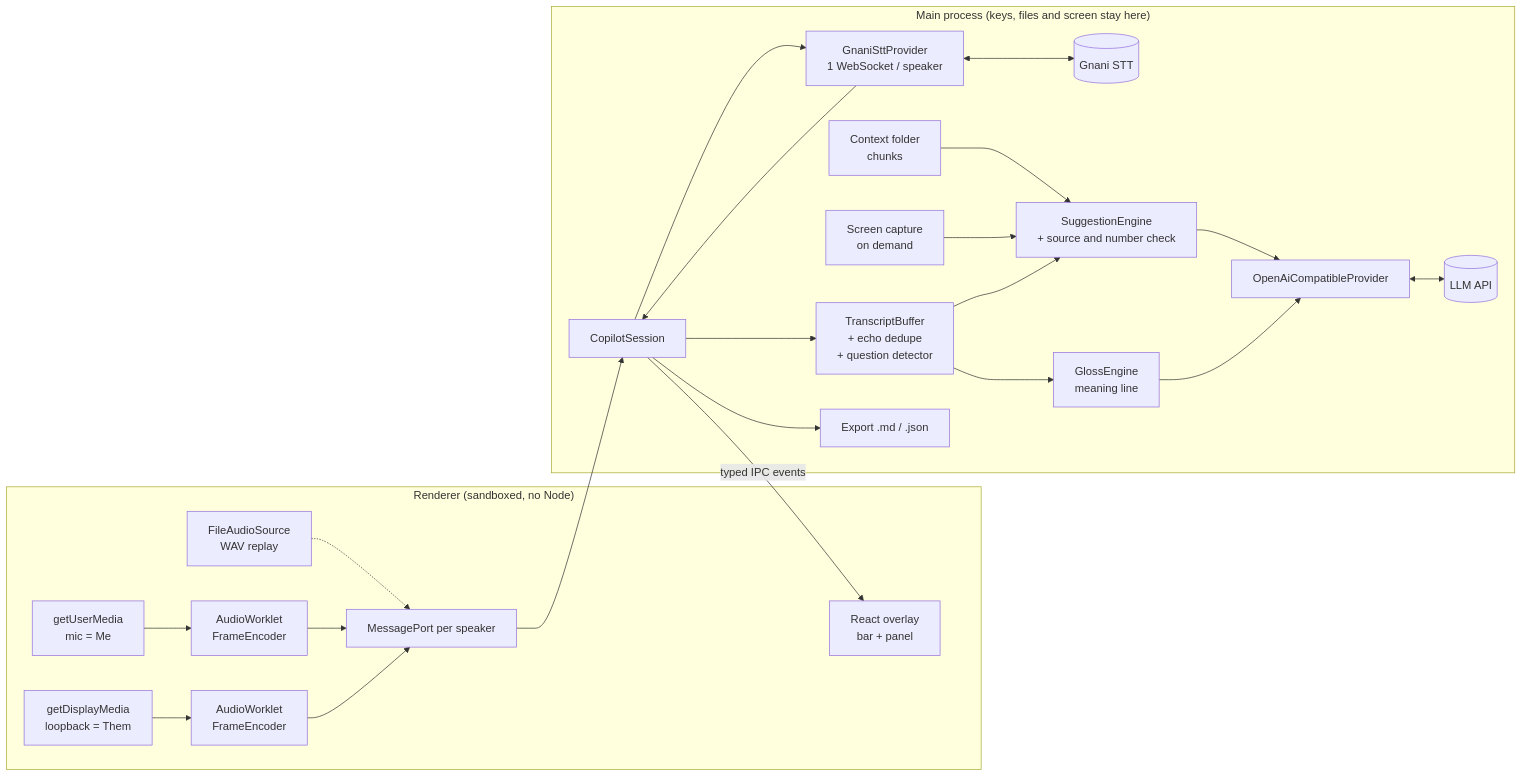
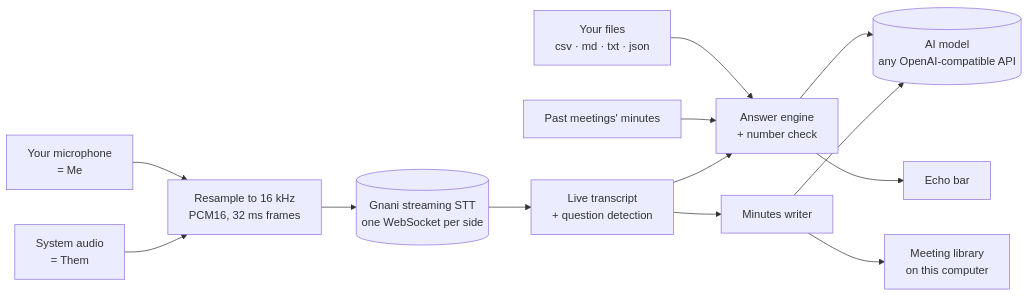
The diagram in README.md (krunalbaraskar/gnani), drawn with Mermaid before and after one commit. The commit also changed other lines of this file and 33 other files, not shown here.

Commit message:
Enter API keys in the app, bundle the demo call, rewrite README for judges

````diff
--- a/README.md
+++ b/README.md
@@ -402,27 +136,15 @@
 ```mermaid
 flowchart LR
-  subgraph Renderer["Renderer (sandboxed, no Node)"]
-    MIC[getUserMedia<br/>mic = Me] --> WM[AudioWorklet<br/>FrameEncoder]
-    SYS[getDisplayMedia<br/>loopback = Them] --> WT[AudioWorklet<br/>FrameEncoder]
-    WAV[FileAudioSource<br/>WAV replay] -.-> P
-    WM --> P[MessagePort per speaker]
-    WT --> P
-    UI[React overlay<br/>bar + panel]
-  end
-  subgraph Main["Main process (keys, files and screen stay here)"]
-    P --> CS[CopilotSession]
-    CS --> GS[GnaniSttProvider<br/>1 WebSocket / speaker]
-    GS <--> G[(Gnani STT)]
-    GS --> CS
-    CS --> TB[TranscriptBuffer<br/>+ echo dedupe<br/>+ question detector]
-    CTX[Context folder<br/>chunks] --> SE
-    CAP[Screen capture<br/>on demand] --> SE
-    TB --> SE[SuggestionEngine<br/>+ source and number check]
-    TB --> GL[GlossEngine<br/>meaning line]
-    SE --> LLM[OpenAiCompatibleProvider]
-    GL --> LLM
-    LLM <--> M[(LLM API)]
-    CS --> EX[Export .md / .json]
-  end
-  CS -- typed IPC events --> UI
+  MIC[Your microphone<br/>= Me] --> ENC[Resample to 16 kHz<br/>PCM16, 32 ms frames]
+  SYS[System audio<br/>= Them] --> ENC
+  ENC --> G[(Gnani streaming STT<br/>one WebSocket per side)]
+  G --> T[Live transcript<br/>+ question detection]
+  F[Your files<br/>csv · md · txt · json] --> A
+  PM[Past meetings' minutes] --> A
+  T --> A[Answer engine<br/>+ number check]
+  A --> L[(AI model<br/>any OpenAI-compatible API)]
+  T --> M[Minutes writer]
+  M --> L
+  A --> UI[Echo bar]
+  M --> LIB[Meeting library<br/>on this computer]
 ```
````
